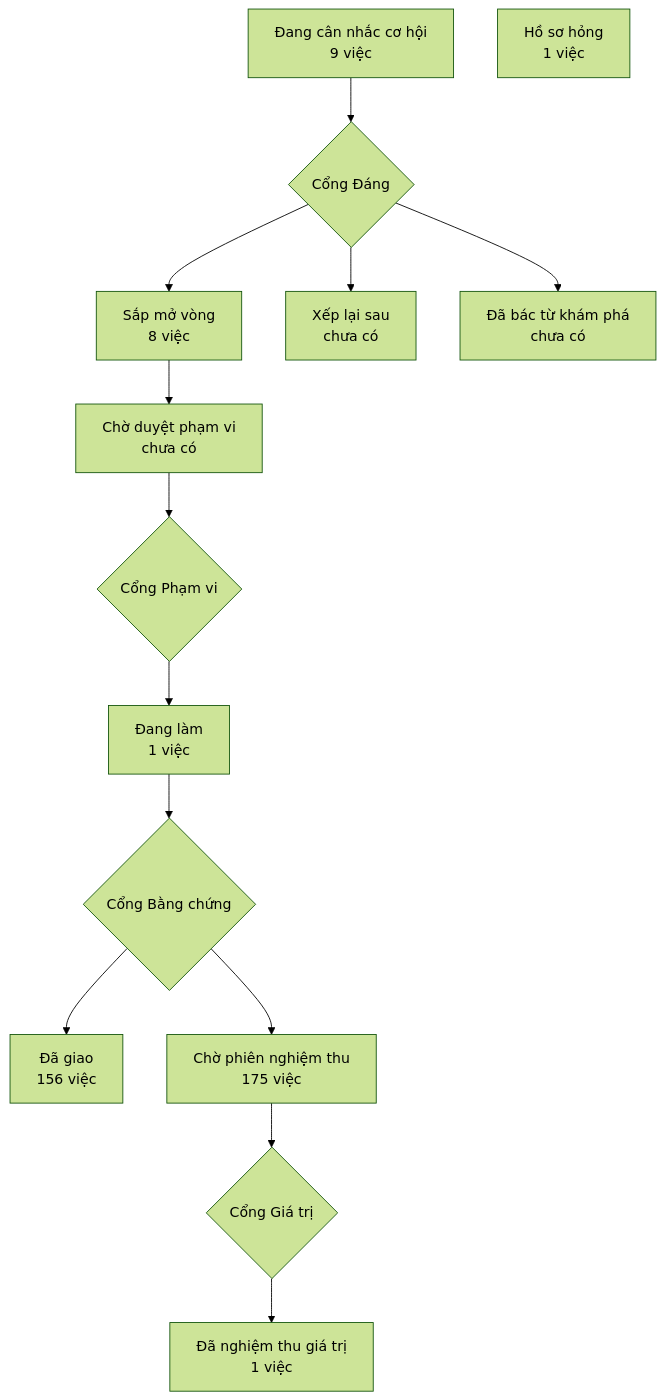
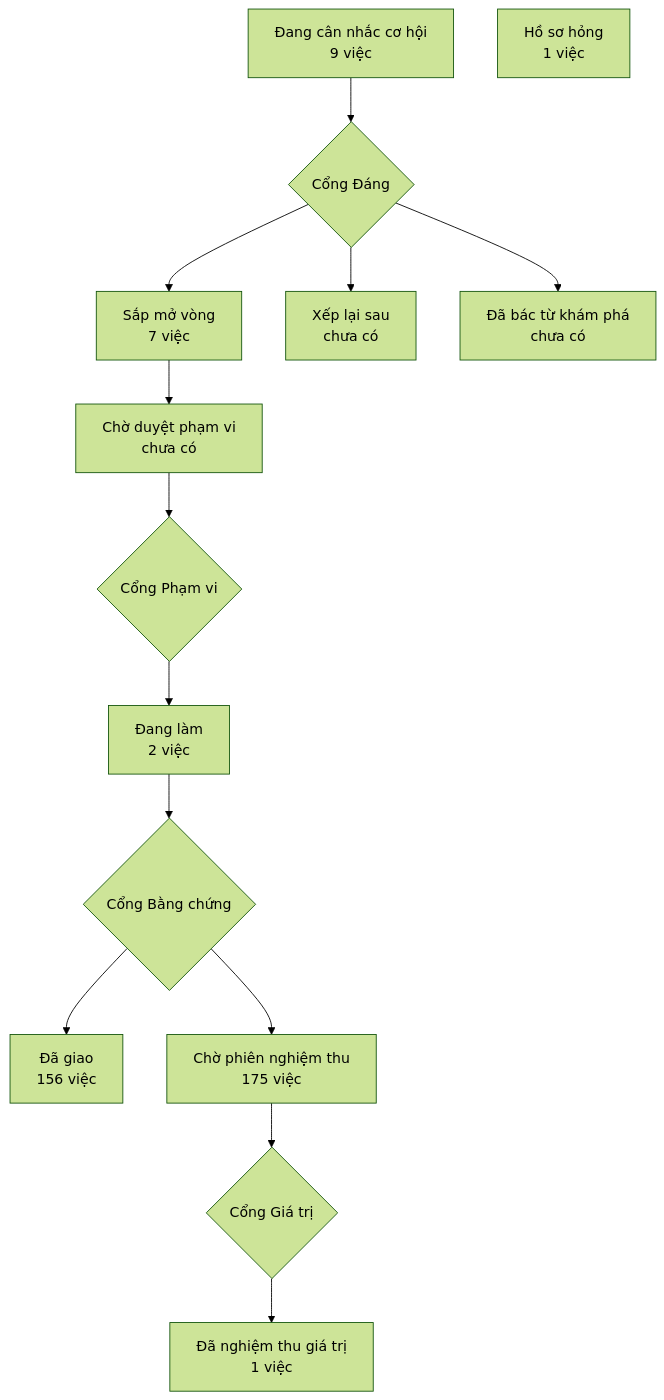
One commit to phanlemanh/crm-onehub changed the diagram in PRODUCT-MAP.md. Above: the diagram before and after it, drawn with Mermaid (forest theme). The commit also changed 1 other file, not shown here.

Commit message:
docs(ho-so-do-kiem-cheo): vẽ lại bản đồ sau gộp onehub

````diff
--- a/PRODUCT-MAP.md
+++ b/PRODUCT-MAP.md
@@ -7,13 +7,13 @@
 ```mermaid
 flowchart TD
   A["Đang cân nhắc cơ hội<br/>9 việc"] --> GD{"Cổng Đáng"}
-  GD --> B["Sắp mở vòng<br/>8 việc"]
+  GD --> B["Sắp mở vòng<br/>7 việc"]
   GD --> XL["Xếp lại sau<br/>chưa có"]
   GD --> DB["Đã bác từ khám phá<br/>chưa có"]
   B --> CD["Chờ duyệt phạm vi<br/>chưa có"] --> GP{"Cổng Phạm vi"}
-  GP --> DL["Đang làm<br/>1 việc"] --> GB{"Cổng Bằng chứng"}
+  GP --> DL["Đang làm<br/>2 việc"] --> GB{"Cổng Bằng chứng"}
   GB --> DG["Đã giao<br/>156 việc"]
   GB --> CN["Chờ phiên nghiệm thu<br/>175 việc"] --> GG{"Cổng Giá trị"}
   GG --> NT["Đã nghiệm thu giá trị<br/>1 việc"]
   HS["Hồ sơ hỏng<br/>1 việc"]
 ```
````
